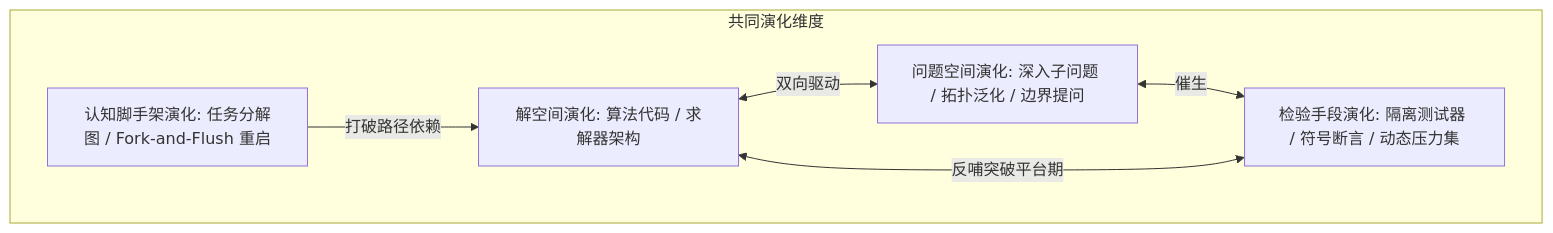
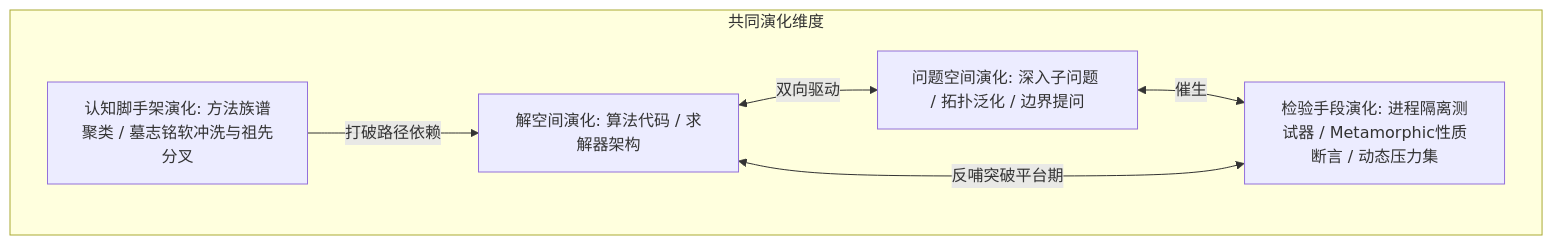
One commit to Qingzhu093/greatwall-agent changed the ninth of 20 diagrams in V4_总体架构与工程规范_全编整合版.md. Above: the diagram before and after it, drawn with Mermaid. The commit also changed other lines of this file, not shown here.

Commit message:
feat(v4.1): upgrade master architecture spec with 4-tier triage, epistemic synthesis, clean-room worktrees, and 3D cognitive asymmetry

````diff
--- a/V4_总体架构与工程规范_全编整合版.md
+++ b/V4_总体架构与工程规范_全编整合版.md
@@ -491,14 +536,14 @@
 ```mermaid
 flowchart TD
     subgraph 共同演化维度
         D1[解空间演化: 算法代码 / 求解器架构]
         D2[问题空间演化: 深入子问题 / 拓扑泛化 / 边界提问]
-        D3[检验手段演化: 隔离测试器 / 符号断言 / 动态压力集]
-        D4[认知脚手架演化: 任务分解图 / Fork-and-Flush 重启]
+        D3[检验手段演化: 进程隔离测试器 / Metamorphic性质断言 / 动态压力集]
+        D4[认知脚手架演化: 方法族谱聚类 / 墓志铭软冲洗与祖先分叉]
     end
 
     D1 <-->|双向驱动| D2
     D2 <-->|催生| D3
     D3 <-->|反哺突破平台期| D1
     D4 -->|打破路径依赖| D1
 ```
````
